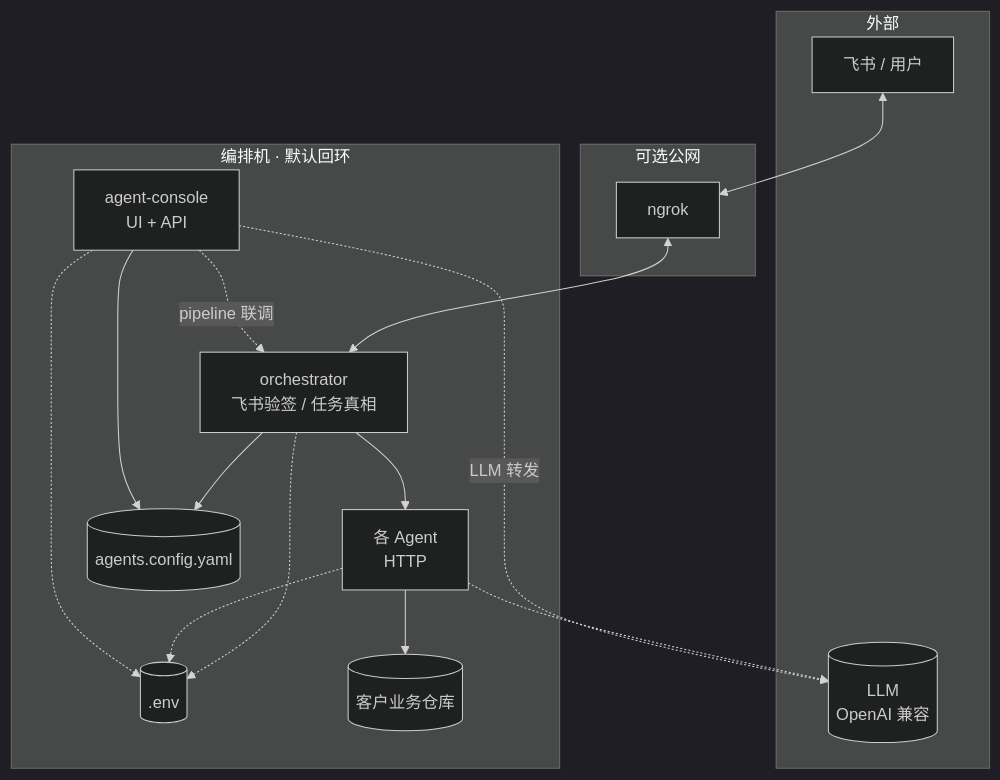
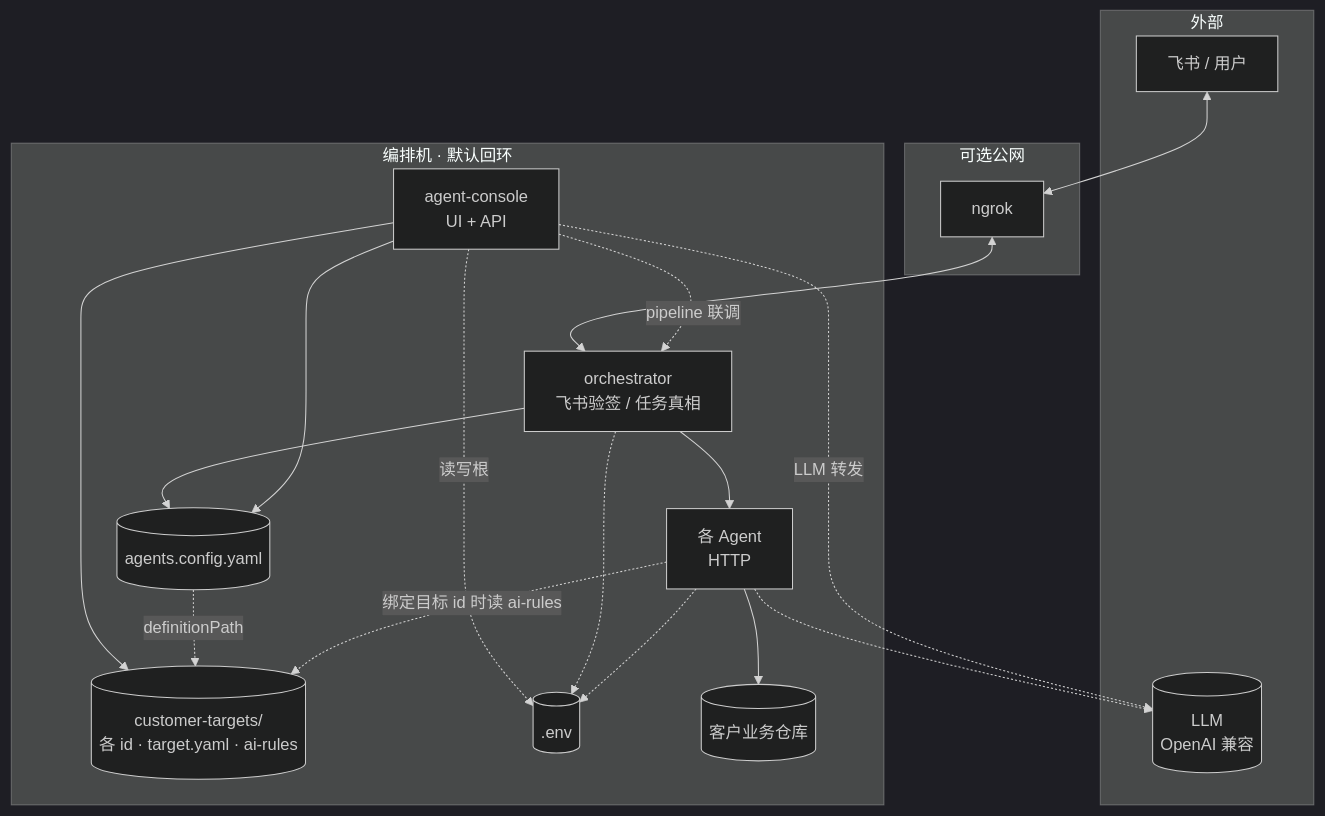
The first of 6 diagrams in docs/ARCHITECTURE.md (panzhanfei/agents-monorepo), drawn with Mermaid (dark theme) before and after one commit. The commit also changed other lines of this file and 63 other files, not shown here.

````diff
--- a/docs/ARCHITECTURE.md
+++ b/docs/ARCHITECTURE.md
@@ -13,30 +13,34 @@
 ```mermaid
 flowchart TB
   subgraph external [外部]
     U[飞书 / 用户]
     LLM[(LLM\nOpenAI 兼容)]
   end
   subgraph dmz [可选公网]
     NG[ngrok]
   end
   subgraph host [编排机 · 默认回环]
     OR[orchestrator\n飞书验签 / 任务真相]
     AG[各 Agent\nHTTP]
     AC[agent-console\nUI + API]
     CFG[(agents.config.yaml)]
+    CT[(customer-targets/\n各 id · target.yaml · ai-rules)]
     E[(.env)]
     WS[(客户业务仓库)]
   end
   U <--> NG
   NG <--> OR
     OR --> AG
     OR --> CFG
     AG --> WS
     AG -.-> LLM
     AC --> CFG
+    AC --> CT
+    AC -.读写根 .-> E
     AC -.LLM 转发.-> LLM
     AC -.pipeline 联调.-> OR
+    CFG -.definitionPath.-> CT
+    AG -.绑定目标 id 时读 ai-rules.-> CT
   OR -.-> E
   AG -.-> E
-  AC -.-> E
 ```
````
